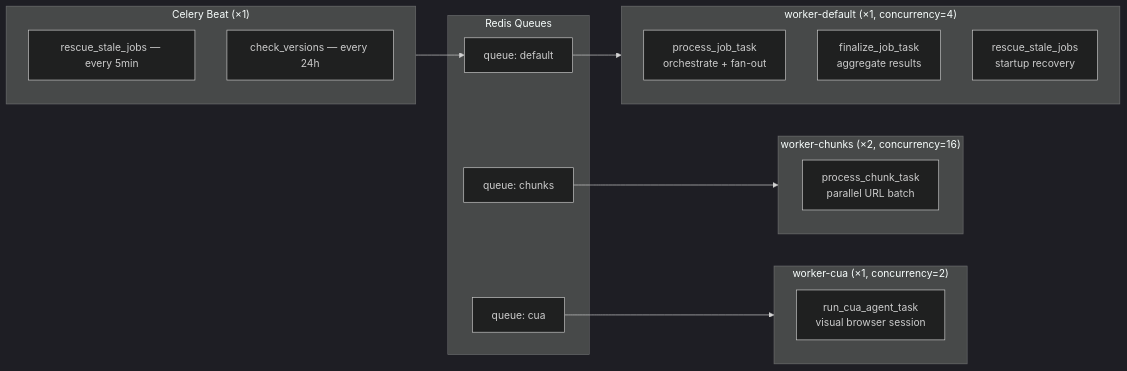
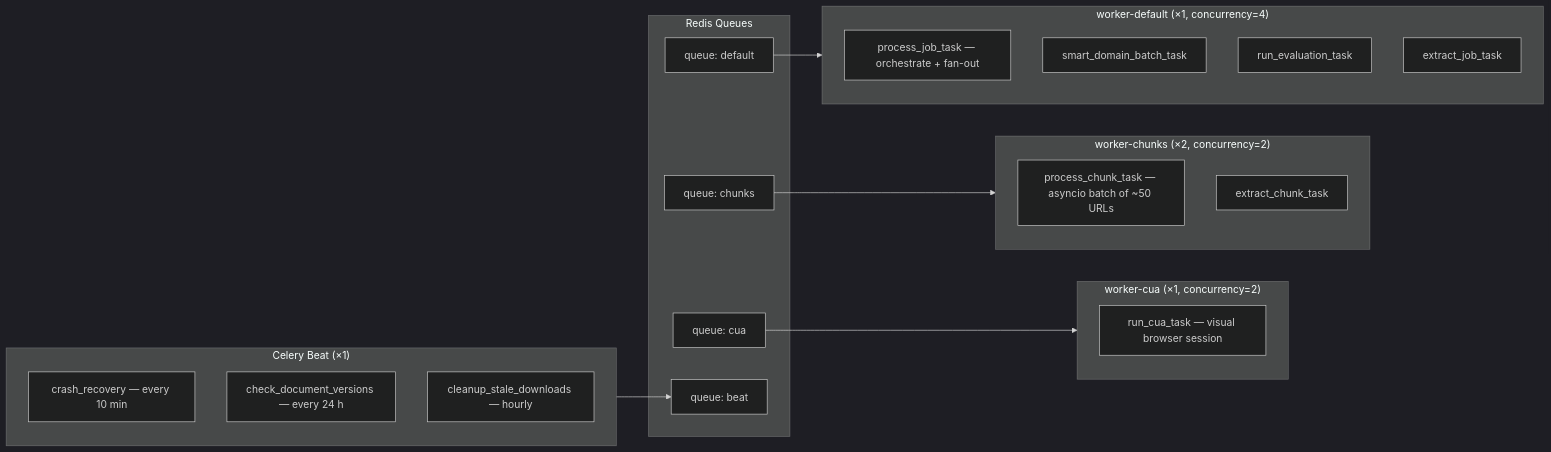
Before and after one commit to Siddharthpatni/Project-1: the seventh of 9 diagrams in docs/ARCHITECTURE.md, drawn with Mermaid (dark theme). The commit also changed other lines of this file and 9 other files, not shown here.

````diff
--- a/docs/ARCHITECTURE.md
+++ b/docs/ARCHITECTURE.md
@@ -343,32 +419,36 @@
 ```mermaid
 graph LR
     subgraph Queues["Redis Queues"]
         QD[queue: default]
         QC[queue: chunks]
         QU[queue: cua]
+        QB[queue: beat]
     end
 
     subgraph WD_Pool["worker-default (×1, concurrency=4)"]
-        T1[process_job_task<br/>orchestrate + fan-out]
-        T2[finalize_job_task<br/>aggregate results]
-        T3[rescue_stale_jobs<br/>startup recovery]
+        T1[process_job_task — orchestrate + fan-out]
+        T2[smart_domain_batch_task]
+        T3[run_evaluation_task]
+        T4[extract_job_task]
     end
 
-    subgraph WC_Pool["worker-chunks (×2, concurrency=16)"]
-        T4[process_chunk_task<br/>parallel URL batch]
+    subgraph WC_Pool["worker-chunks (×2, concurrency=2)"]
+        T5[process_chunk_task — asyncio batch of ~50 URLs]
+        T6[extract_chunk_task]
     end
 
     subgraph WQ_Pool["worker-cua (×1, concurrency=2)"]
-        T5[run_cua_agent_task<br/>visual browser session]
+        T7[run_cua_task — visual browser session]
     end
 
     subgraph Beat["Celery Beat (×1)"]
-        S1[rescue_stale_jobs — every 5min]
-        S2[check_versions — every 24h]
+        S1[crash_recovery — every 10 min]
+        S2[check_document_versions — every 24 h]
+        S3[cleanup_stale_downloads — hourly]
     end
 
     QD --> WD_Pool
     QC --> WC_Pool
     QU --> WQ_Pool
-    Beat --> QD
+    Beat --> QB
 ```
````
